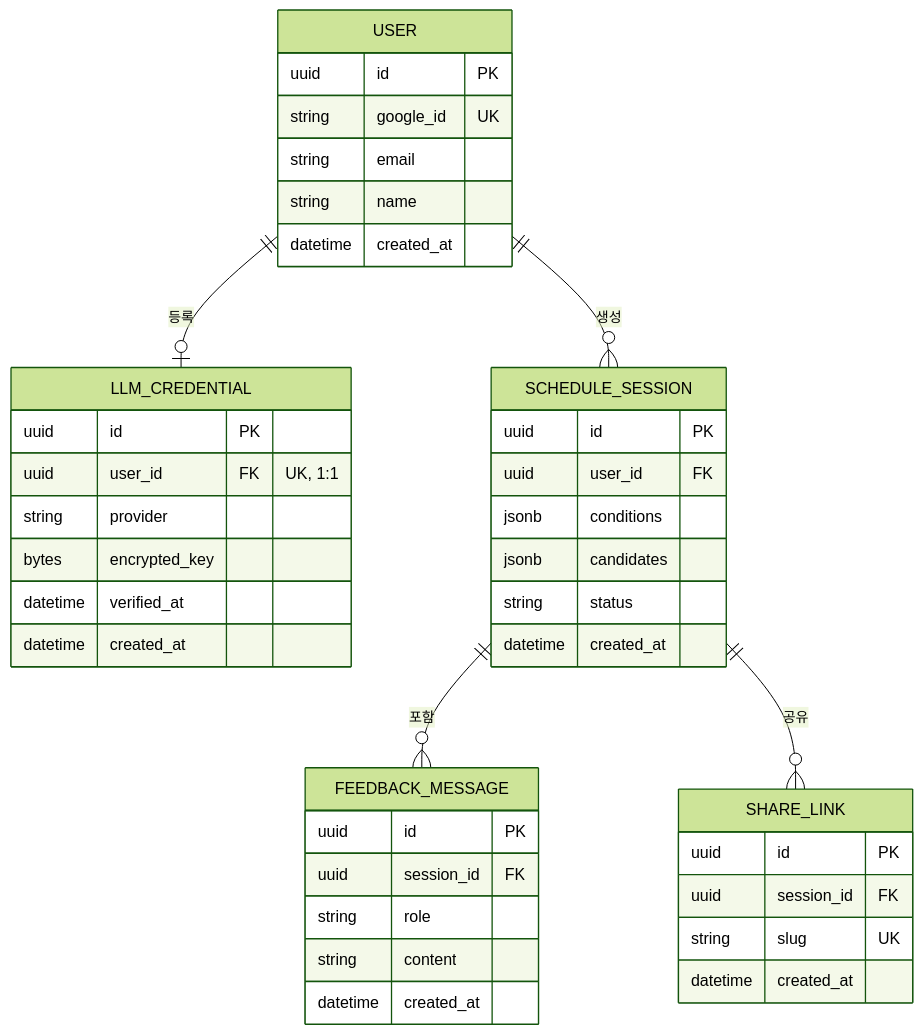
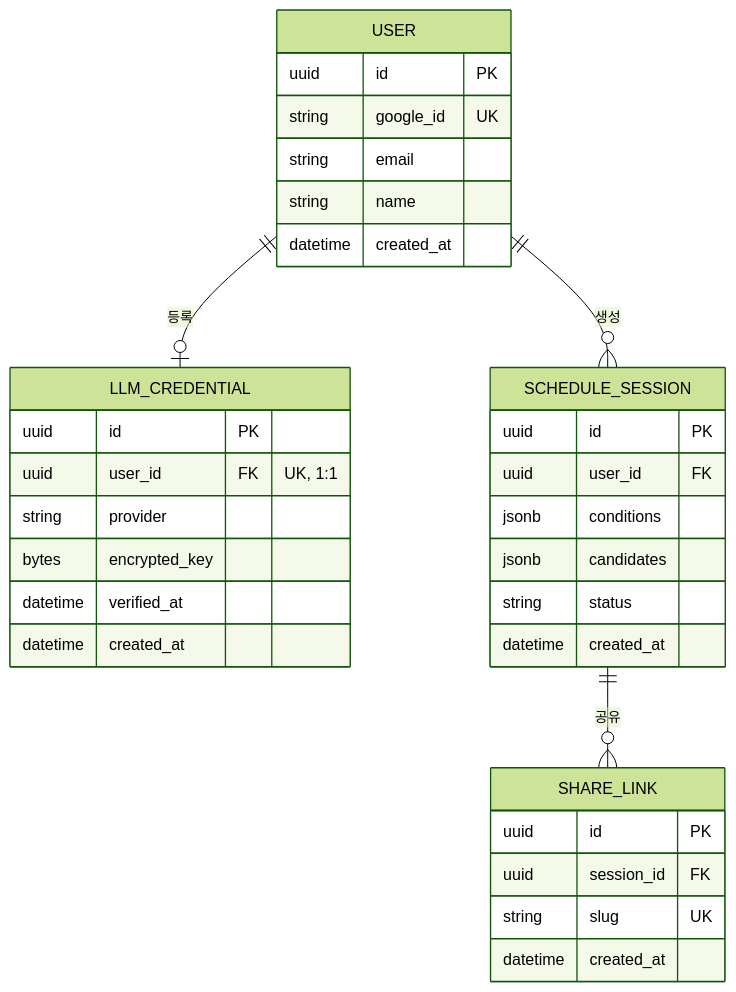
The diagram in docs/ERD_2026-08-06.md (Chaehyunli/moduyaksok), drawn with Mermaid (forest theme) before and after one commit. The commit also changed other lines of this file and 6 other files, not shown here.

Commit message:
docs: sync READMEs, schedule.md, and design docs for this session's changes

````diff
--- a/docs/ERD_2026-08-06.md
+++ b/docs/ERD_2026-08-06.md
@@ -12,48 +12,39 @@
 ```mermaid
 erDiagram
     USER ||--o| LLM_CREDENTIAL : "등록"
     USER ||--o{ SCHEDULE_SESSION : "생성"
-    SCHEDULE_SESSION ||--o{ FEEDBACK_MESSAGE : "포함"
     SCHEDULE_SESSION ||--o{ SHARE_LINK : "공유"
 
     USER {
         uuid id PK
         string google_id UK
         string email
         string name
         datetime created_at
     }
 
     LLM_CREDENTIAL {
         uuid id PK
         uuid user_id FK "UK, 1:1"
         string provider
         bytes encrypted_key
         datetime verified_at
         datetime created_at
     }
 
     SCHEDULE_SESSION {
         uuid id PK
         uuid user_id FK
         jsonb conditions
         jsonb candidates
         string status
         datetime created_at
     }
 
-    FEEDBACK_MESSAGE {
-        uuid id PK
-        uuid session_id FK
-        string role
-        string content
-        datetime created_at
-    }
-
     SHARE_LINK {
         uuid id PK
         uuid session_id FK
         string slug UK
         datetime created_at
     }
 ```
````
